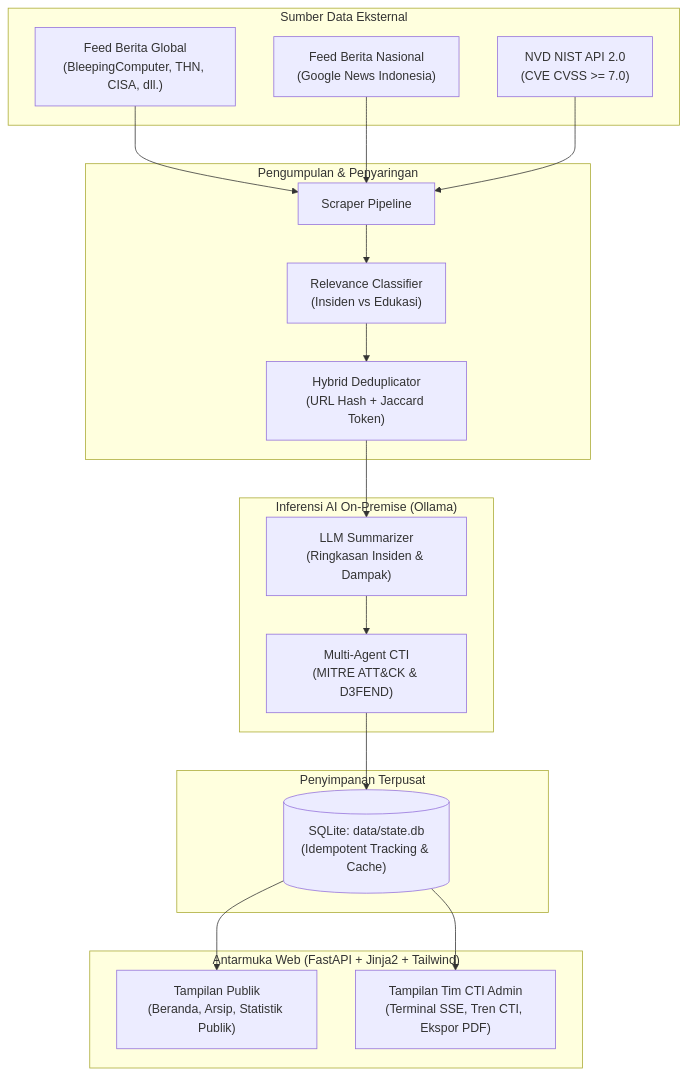
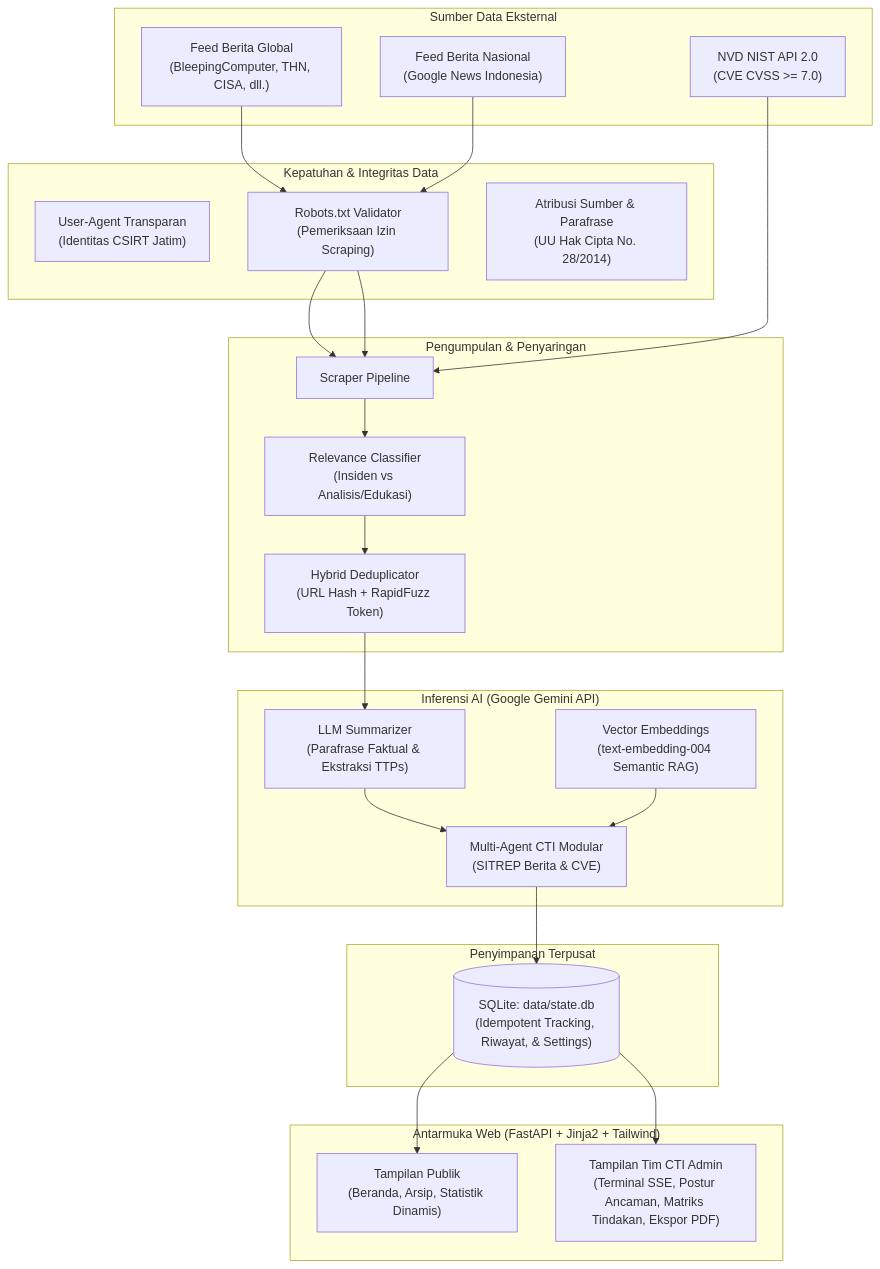
One commit to Kifansa/SiberHarian changed the diagram in README.md. Above: the diagram before and after it, drawn with Mermaid. The commit also changed other lines of this file and 91 other files, not shown here.

````diff
--- a/README.md
+++ b/README.md
@@ -29,40 +30,48 @@
 ```mermaid
 flowchart TD
     subgraph DataSources["Sumber Data Eksternal"]
         RSS_INT["Feed Berita Global\n(BleepingComputer, THN, CISA, dll.)"]
         RSS_NAS["Feed Berita Nasional\n(Google News Indonesia)"]
         NVD["NVD NIST API 2.0\n(CVE CVSS >= 7.0)"]
     end
 
+    subgraph Compliance["Kepatuhan & Integritas Data"]
+        UA["User-Agent Transparan\n(Identitas CSIRT Jatim)"]
+        ROBOTS["Robots.txt Validator\n(Pemeriksaan Izin Scraping)"]
+        DISCLAIMER["Atribusi Sumber & Parafrase\n(UU Hak Cipta No. 28/2014)"]
+    end
+
     subgraph Ingestion["Pengumpulan & Penyaringan"]
         SCRAPER["Scraper Pipeline"]
-        CLASSIFIER["Relevance Classifier\n(Insiden vs Edukasi)"]
-        DEDUP["Hybrid Deduplicator\n(URL Hash + Jaccard Token)"]
+        CLASSIFIER["Relevance Classifier\n(Insiden vs Analisis/Edukasi)"]
+        DEDUP["Hybrid Deduplicator\n(URL Hash + RapidFuzz Token)"]
     end
 
-    subgraph LocalAI["Inferensi AI On-Premise (Ollama)"]
-        LLM_SUM["LLM Summarizer\n(Ringkasan Insiden & Dampak)"]
-        CTI_AGENT["Multi-Agent CTI\n(MITRE ATT&CK & D3FEND)"]
+    subgraph CloudAI["Inferensi AI (Google Gemini API)"]
+        LLM_SUM["LLM Summarizer\n(Parafrase Faktual & Ekstraksi TTPs)"]
+        CTI_AGENT["Multi-Agent CTI Modular\n(SITREP Berita & CVE)"]
+        EMBED["Vector Embeddings\n(text-embedding-004 Semantic RAG)"]
     end
 
     subgraph Storage["Penyimpanan Terpusat"]
-        DB[("SQLite: data/state.db\n(Idempotent Tracking & Cache)")]
+        DB[("SQLite: data/state.db\n(Idempotent Tracking, Riwayat, & Settings)")]
     end
 
     subgraph Presentation["Antarmuka Web (FastAPI + Jinja2 + Tailwind)"]
-        PUB_UI["Tampilan Publik\n(Beranda, Arsip, Statistik Publik)"]
-        ADM_UI["Tampilan Tim CTI Admin\n(Terminal SSE, Tren CTI, Ekspor PDF)"]
+        PUB_UI["Tampilan Publik\n(Beranda, Arsip, Statistik Dinamis)"]
+        ADM_UI["Tampilan Tim CTI Admin\n(Terminal SSE, Postur Ancaman, Matriks Tindakan, Ekspor PDF)"]
     end
 
-    RSS_INT --> SCRAPER
-    RSS_NAS --> SCRAPER
+    RSS_INT --> ROBOTS --> SCRAPER
+    RSS_NAS --> ROBOTS --> SCRAPER
     NVD --> SCRAPER
 
     SCRAPER --> CLASSIFIER --> DEDUP
     DEDUP --> LLM_SUM
     LLM_SUM --> CTI_AGENT
     CTI_AGENT --> DB
+    EMBED --> CTI_AGENT
 
     DB --> PUB_UI
     DB --> ADM_UI
 ```
````
